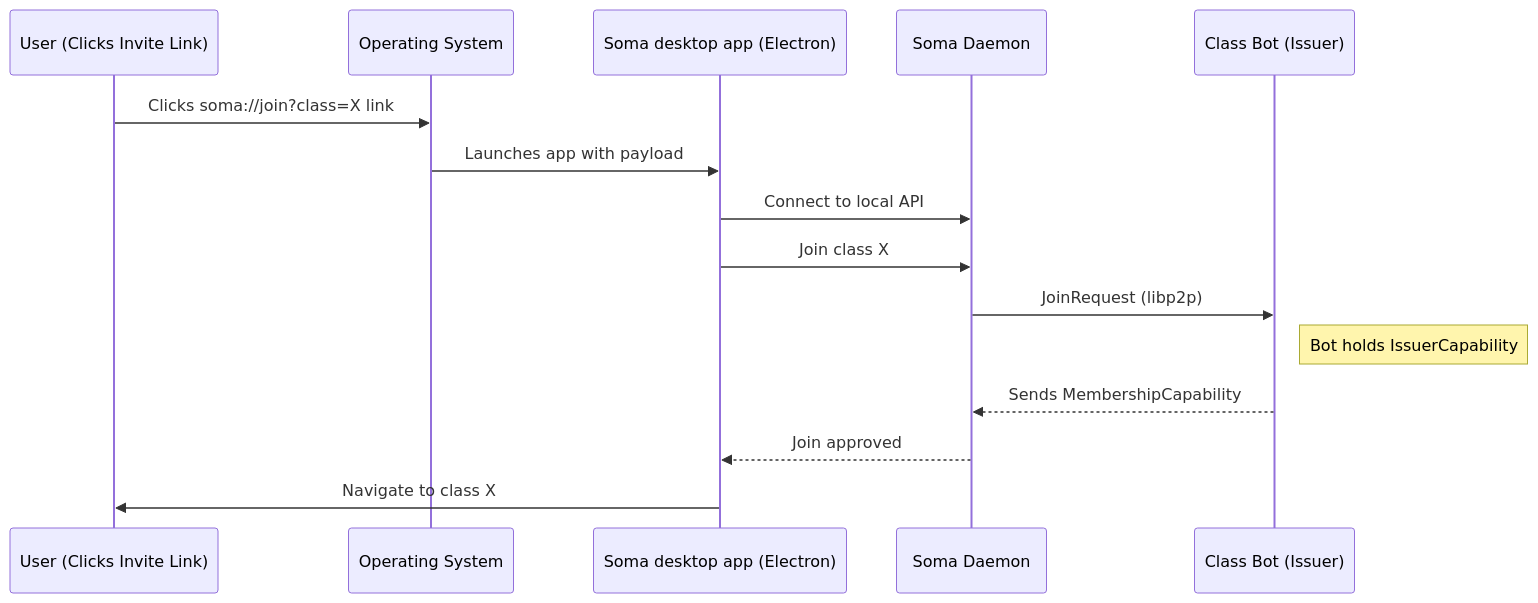
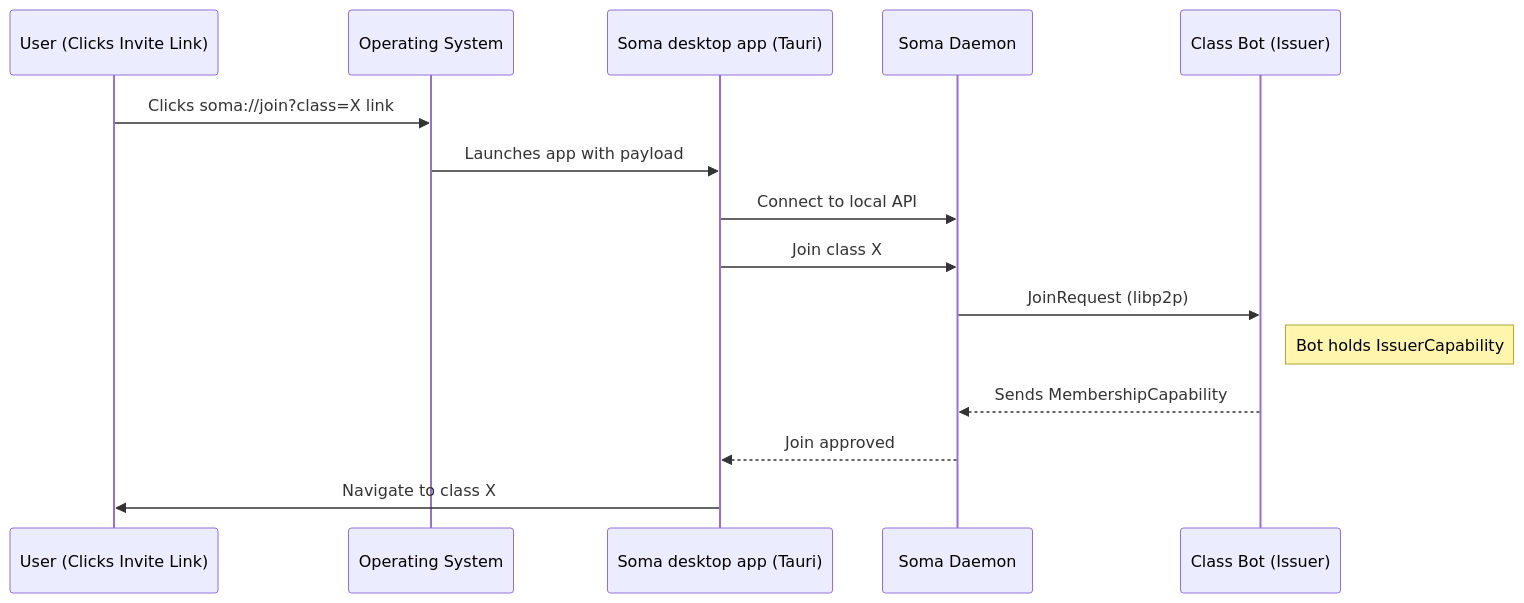
One commit to stephane-segning/soma changed the second of 2 diagrams in docs/src/architecture/soma-tapia.md. Above: the diagram before and after it, drawn with Mermaid. The commit also changed other lines of this file and 10 other files, not shown here.

````diff
--- a/docs/src/architecture/soma-tapia.md
+++ b/docs/src/architecture/soma-tapia.md
@@ -77,17 +77,17 @@
 ```mermaid
 sequenceDiagram
     participant User as User (Clicks Invite Link)
     participant OS as Operating System
-    participant SomaApp as Soma desktop app (Electron)
+    participant SomaApp as Soma desktop app (Tauri)
     participant Daemon as Soma Daemon
     participant Bot as Class Bot (Issuer)
     User ->> OS: Clicks soma://join?class=X link
     OS ->> SomaApp: Launches app with payload
     SomaApp ->> Daemon: Connect to local API
     SomaApp ->> Daemon: Join class X
     Daemon ->> Bot: JoinRequest (libp2p)
     Note right of Bot: Bot holds IssuerCapability
     Bot -->> Daemon: Sends MembershipCapability
     Daemon -->> SomaApp: Join approved
     SomaApp ->> User: Navigate to class X
 ```
````
